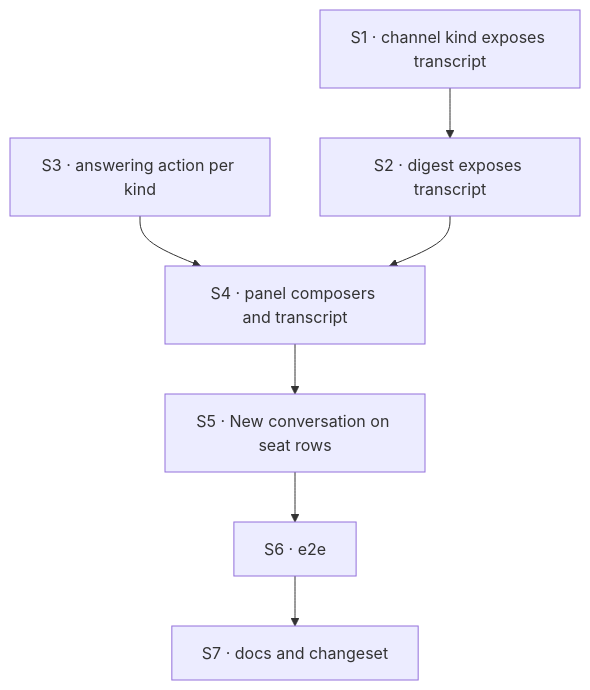
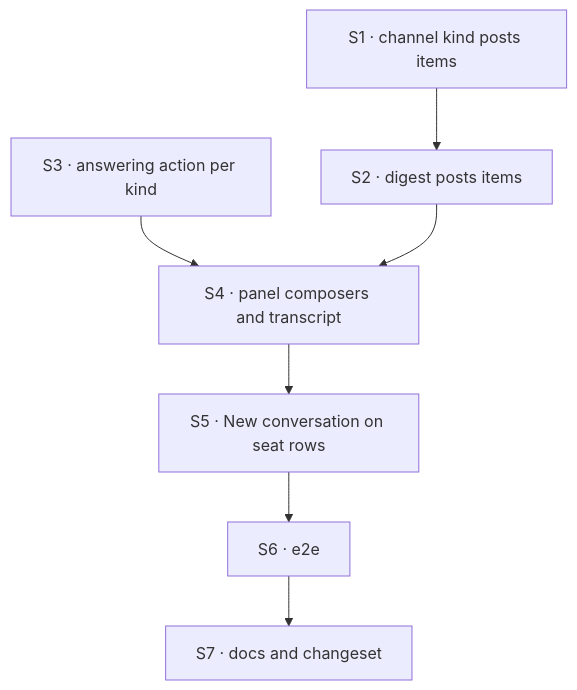
Before and after one commit to fixpoint-labs/flow-state-dev: the diagram in specs/issues/FIX-1585/PLAN.md, drawn with Mermaid. The commit also changed other lines of this file and 9 other files, not shown here.

First line of the commit message:
spec(FIX-1585): review round 2: the transcript is the posts, not a copy in state

````diff
--- a/specs/issues/FIX-1585/PLAN.md
+++ b/specs/issues/FIX-1585/PLAN.md
@@ -22,9 +22,9 @@
 ```mermaid
 flowchart TD
-  S1["S1 · channel kind exposes transcript"] --> S2["S2 · digest exposes transcript"]
+  S1["S1 · channel kind posts items"] --> S2["S2 · digest posts items"]
   S3["S3 · answering action per kind"] --> S4["S4 · panel composers and transcript"]
   S2 --> S4
   S4 --> S5["S5 · New conversation on seat rows"]
   S5 --> S6["S6 · e2e"]
   S6 --> S7["S7 · docs and changeset"]
 ```
````
